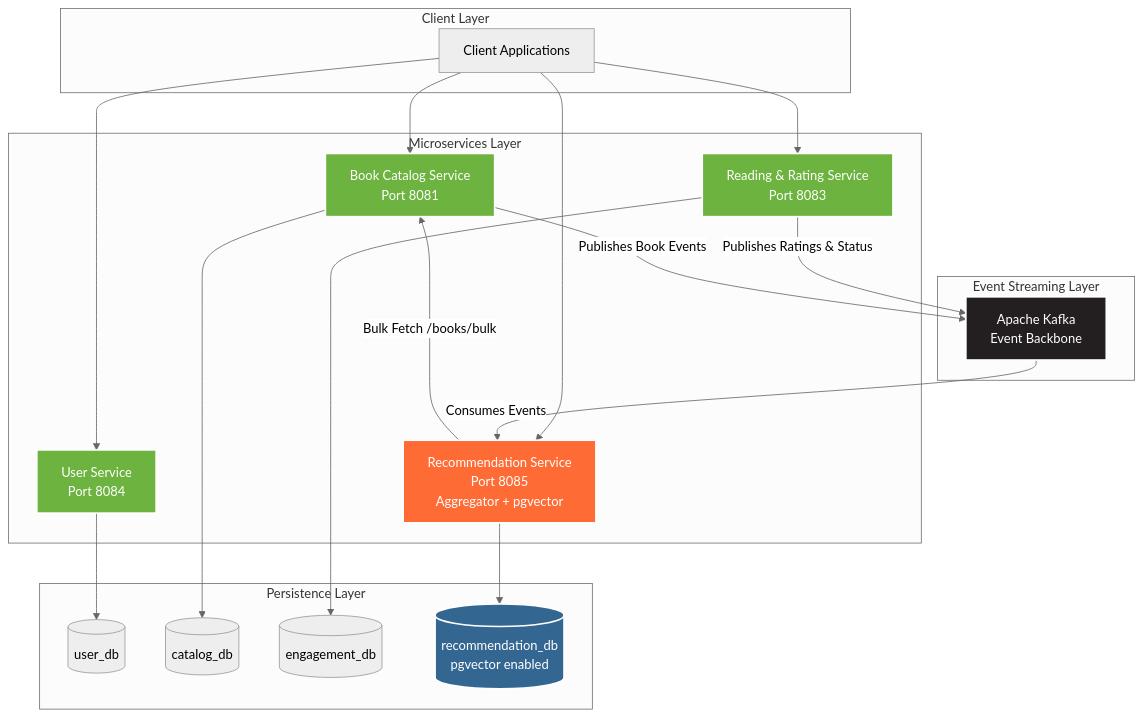
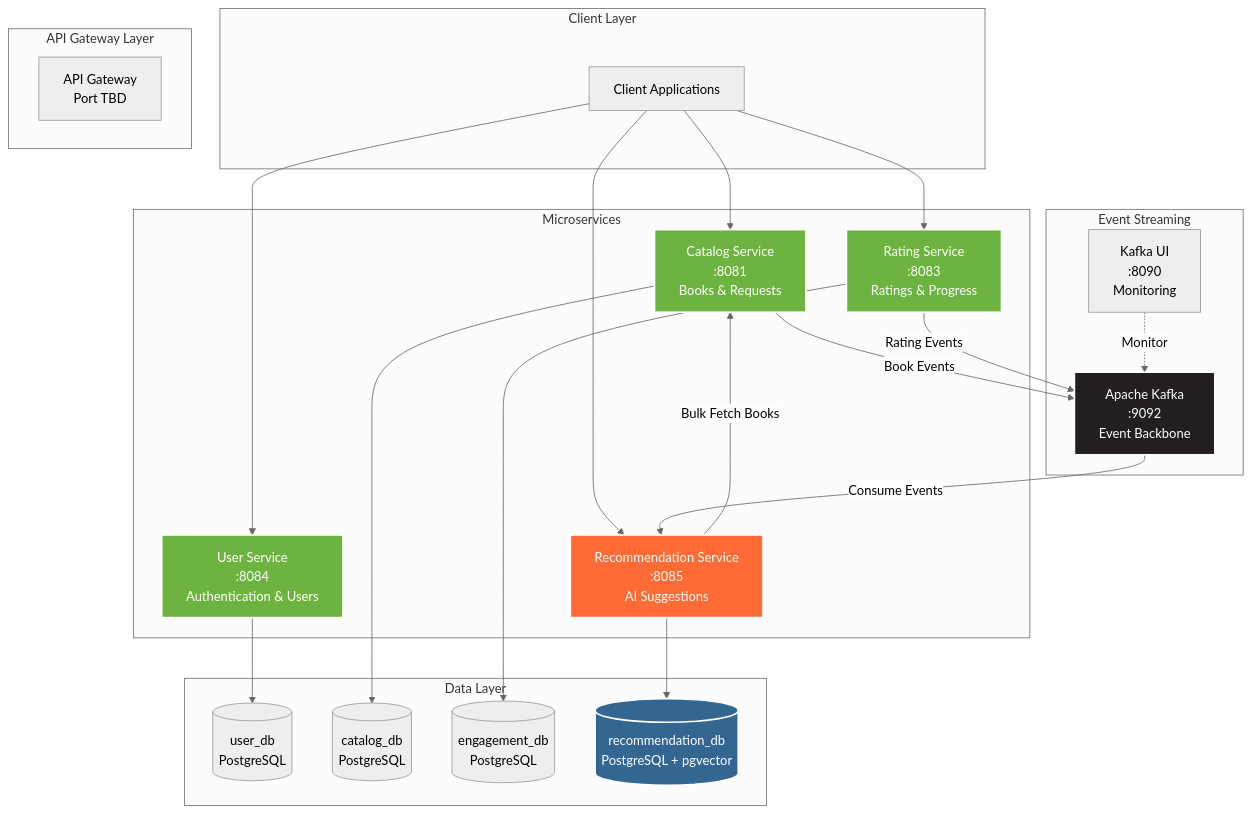
Before and after one commit to Luca5Eckert/VellumHub: the first of 2 diagrams in README.md, drawn with Mermaid (neutral theme). The commit also changed other lines of this file and 1 other file, not shown here.

Commit message:
docs: improve README with accurate info and professional diagrams

````diff
--- a/README.md
+++ b/README.md
@@ -65,45 +75,54 @@
 ```mermaid
 graph TB
     subgraph "Client Layer"
         CLIENT[Client Applications]
     end
     
-    subgraph "Microservices Layer"
-        US[User Service<br/>Port 8084]
-        CS[Book Catalog Service<br/>Port 8081]
-        ES[Reading & Rating Service<br/>Port 8083]
-        RS[Recommendation Service<br/>Port 8085<br/>Aggregator + pgvector]
+    subgraph "API Gateway Layer"
+        GATEWAY[API Gateway<br/>Port TBD]
     end
     
-    subgraph "Event Streaming Layer"
-        KAFKA[Apache Kafka<br/>Event Backbone]
+    subgraph "Microservices"
+        US[User Service<br/>:8084<br/>Authentication & Users]
+        CS[Catalog Service<br/>:8081<br/>Books & Requests]
+        RS[Rating Service<br/>:8083<br/>Ratings & Progress]
+        RCS[Recommendation Service<br/>:8085<br/>AI Suggestions]
     end
     
-    subgraph "Persistence Layer"
-        USER_DB[(user_db)]
-        CATALOG_DB[(catalog_db)]
-        ENGAGEMENT_DB[(engagement_db)]
-        REC_DB[(recommendation_db<br/>pgvector enabled)]
+    subgraph "Event Streaming"
+        KAFKA[Apache Kafka<br/>:9092<br/>Event Backbone]
+        KUI[Kafka UI<br/>:8090<br/>Monitoring]
+    end
+    
+    subgraph "Data Layer"
+        DB1[(user_db<br/>PostgreSQL)]
+        DB2[(catalog_db<br/>PostgreSQL)]
+        DB3[(engagement_db<br/>PostgreSQL)]
+        DB4[(recommendation_db<br/>PostgreSQL + pgvector)]
     end
     
     CLIENT --> US
     CLIENT --> CS
-    CLIENT --> ES
     CLIENT --> RS
+    CLIENT --> RCS
     
-    US --> USER_DB
-    CS --> CATALOG_DB
-    ES --> ENGAGEMENT_DB
-    ES -->|Publishes Ratings & Status| KAFKA
-    CS -->|Publishes Book Events| KAFKA
-    KAFKA -->|Consumes Events| RS
-    RS --> REC_DB
-    RS -->|Bulk Fetch /books/bulk| CS
+    US --> DB1
+    CS --> DB2
+    RS --> DB3
+    RCS --> DB4
+    
+    CS -->|Book Events| KAFKA
+    RS -->|Rating Events| KAFKA
+    KAFKA -->|Consume Events| RCS
+    
+    RCS -->|Bulk Fetch Books| CS
+    
+    KUI -.Monitor.-> KAFKA
     
     style KAFKA fill:#231F20,stroke:#fff,stroke-width:2px,color:#fff
     style US fill:#6DB33F,stroke:#fff,stroke-width:2px,color:#fff
     style CS fill:#6DB33F,stroke:#fff,stroke-width:2px,color:#fff
-    style ES fill:#6DB33F,stroke:#fff,stroke-width:2px,color:#fff
-    style RS fill:#FF6B35,stroke:#fff,stroke-width:2px,color:#fff
-    style REC_DB fill:#336791,stroke:#fff,stroke-width:2px,color:#fff
+    style RS fill:#6DB33F,stroke:#fff,stroke-width:2px,color:#fff
+    style RCS fill:#FF6B35,stroke:#fff,stroke-width:2px,color:#fff
+    style DB4 fill:#336791,stroke:#fff,stroke-width:2px,color:#fff
 ```
````
